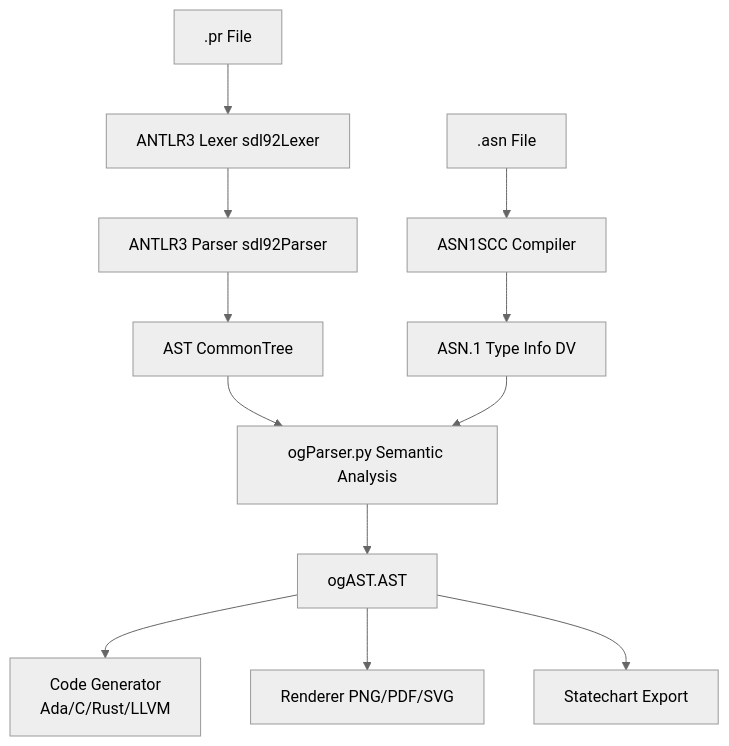
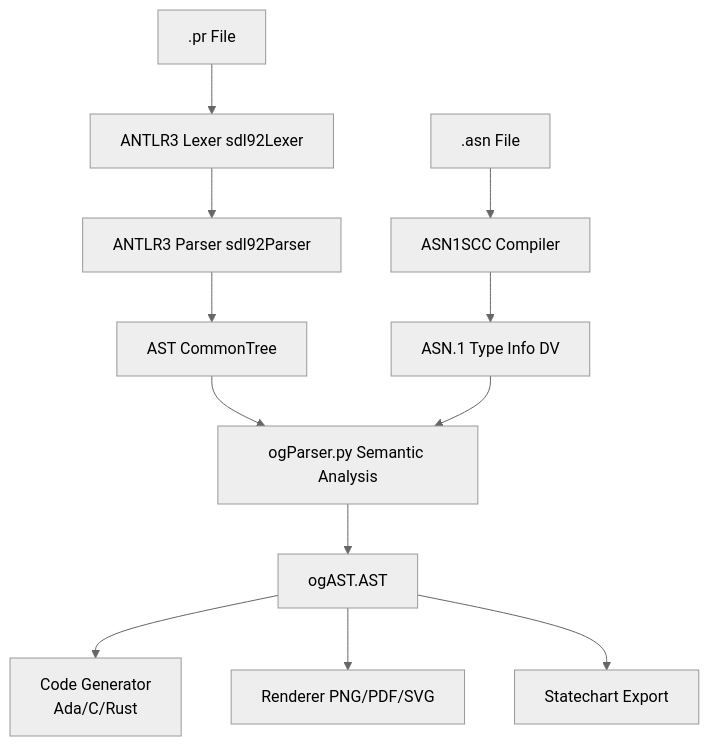
Before and after one commit to esa/opengeode: the first of 6 diagrams in orbit_skills/SDL_SKILL_DOCUMENTATION.md, drawn with Mermaid (neutral theme). The commit also changed other lines of this file and 9 other files, not shown here.

````diff
--- a/orbit_skills/SDL_SKILL_DOCUMENTATION.md
+++ b/orbit_skills/SDL_SKILL_DOCUMENTATION.md
@@ -107,14 +107,14 @@
 ```mermaid
 flowchart TD
     A[.pr File] --> B[ANTLR3 Lexer sdl92Lexer]
     B --> C[ANTLR3 Parser sdl92Parser]
     C --> D[AST CommonTree]
     D --> E[ogParser.py Semantic Analysis]
     E --> F[ogAST.AST]
-    F --> G[Code Generator<br/>Ada/C/Rust/LLVM]
+    F --> G[Code Generator<br/>Ada/C/Rust]
     F --> H[Renderer PNG/PDF/SVG]
     F --> I[Statechart Export]
     J[.asn File] --> K[ASN1SCC Compiler]
     K --> L[ASN.1 Type Info DV]
     L --> E
 ```
````
